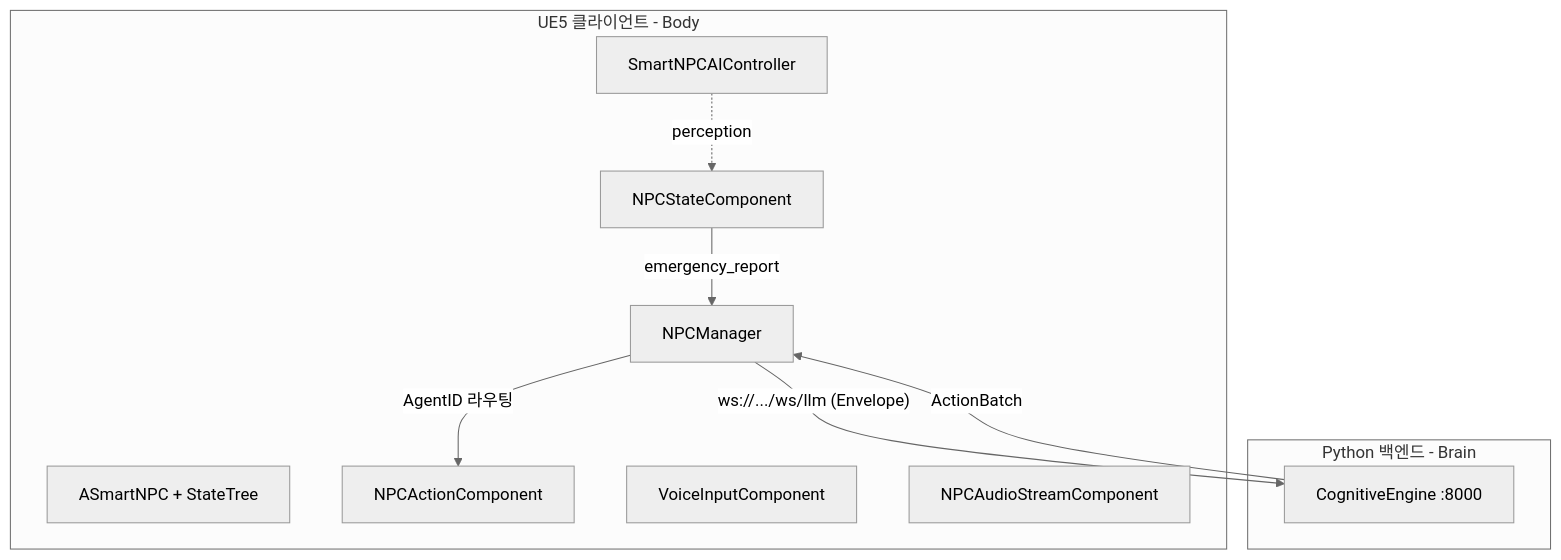
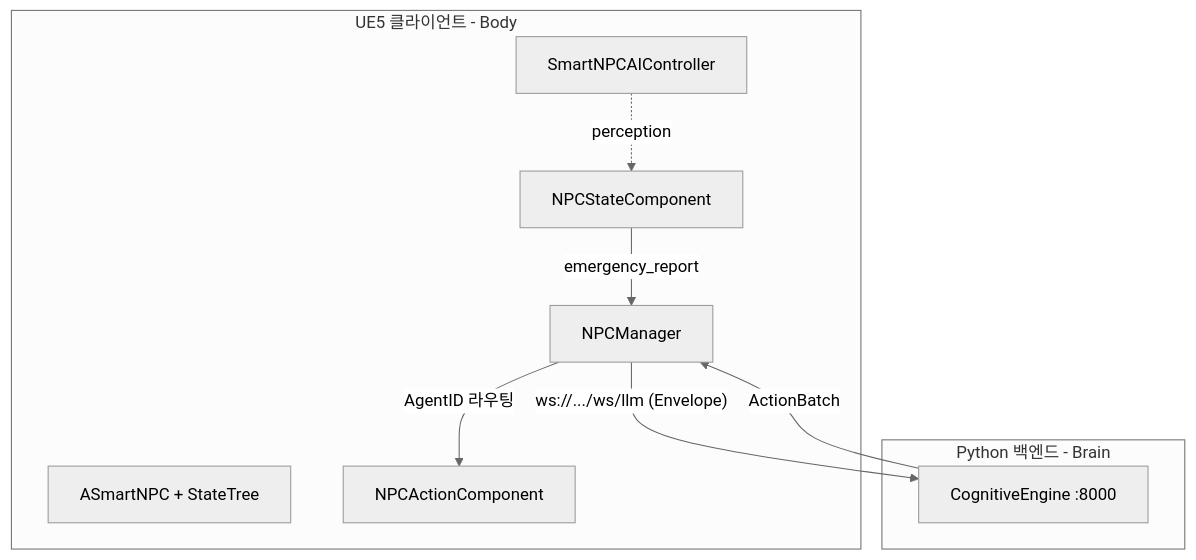
The diagram in README.md (jukanmi/UE5-MCP-VR-Orchestrator), drawn with Mermaid (neutral theme) before and after one commit. The commit also changed 27 other files, not shown here.

Commit message:
refactor: 음성 입력·오디오 스트림 컴포넌트 제거 — VoiceInputComponent·NPCAudioStreamComponent·VRPawn·NPCManager·BP_SmartNPC·BP_VRPawn

````diff
--- a/README.md
+++ b/README.md
@@ -27,20 +27,18 @@
 ```mermaid
 graph TD
     subgraph UE5 [UE5 클라이언트 - Body]
         NPC[ASmartNPC + StateTree]
         AIC[SmartNPCAIController]
         SC[NPCStateComponent]
         AC[NPCActionComponent]
         NM[NPCManager]
-        VI[VoiceInputComponent]
-        AU[NPCAudioStreamComponent]
     end
     subgraph PY [Python 백엔드 - Brain]
         CE[CognitiveEngine :8000]
     end
     AIC -.->|perception| SC
     SC -->|emergency_report| NM
     NM -- "ws://.../ws/llm (Envelope)" --> CE
     CE -- "ActionBatch" --> NM
     NM -->|AgentID 라우팅| AC
 ```
````
